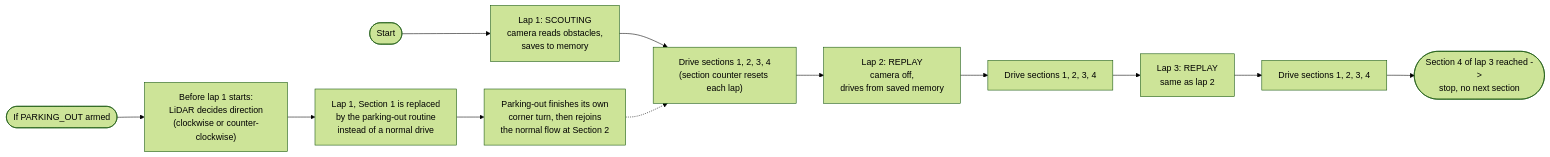
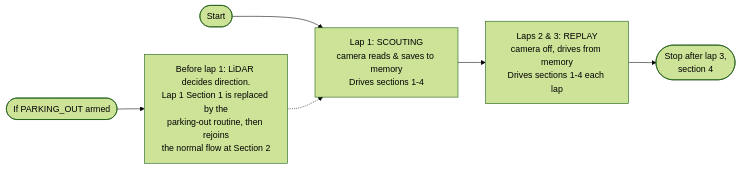
Before and after one commit to KiaraBhandari8/Unsupervised-WROFE2026-India: the third of 3 diagrams in README.md, drawn with Mermaid (forest theme). The commit also changed other lines of this file, not shown here.

Commit message:
Revise flowchart for Corner Logic Obstacle Round
Updated the flowchart in the README to clarify the lap and section descriptions for the Corner Logic Obstacle Round.

````diff
--- a/README.md
+++ b/README.md
@@ -664,15 +664,9 @@
 ```mermaid
 flowchart LR
-    A([Start]) --> B["Lap 1: SCOUTING<br/>camera reads obstacles,<br/>saves to memory"]
-    B --> C["Drive sections 1, 2, 3, 4<br/>(section counter resets each lap)"]
-    C --> D["Lap 2: REPLAY<br/>camera off,<br/>drives from saved memory"]
-    D --> E["Drive sections 1, 2, 3, 4"]
-    E --> F["Lap 3: REPLAY<br/>same as lap 2"]
-    F --> G["Drive sections 1, 2, 3, 4"]
-    G --> H(["Section 4 of lap 3 reached -><br/>stop, no next section"])
+    A([Start]) --> B["Lap 1: SCOUTING<br/>camera reads & saves to memory<br/>Drives sections 1-4"]
+    B --> C["Laps 2 & 3: REPLAY<br/>camera off, drives from memory<br/>Drives sections 1-4 each lap"]
+    C --> D(["Stop after lap 3,<br/>section 4"])
 
-    A2([If PARKING_OUT armed]) --> B2["Before lap 1 starts:<br/>LiDAR decides direction<br/>(clockwise or counter-clockwise)"]
-    B2 --> C2["Lap 1, Section 1 is replaced<br/>by the parking-out routine<br/>instead of a normal drive"]
-    C2 --> D2["Parking-out finishes its own<br/>corner turn, then rejoins<br/>the normal flow at Section 2"]
-    D2 -.-> C
+    A2([If PARKING_OUT armed]) --> B2["Before lap 1: LiDAR decides direction.<br/>Lap 1 Section 1 is replaced by the<br/>parking-out routine, then rejoins<br/>the normal flow at Section 2"]
+    B2 -.-> B
 ```
````
